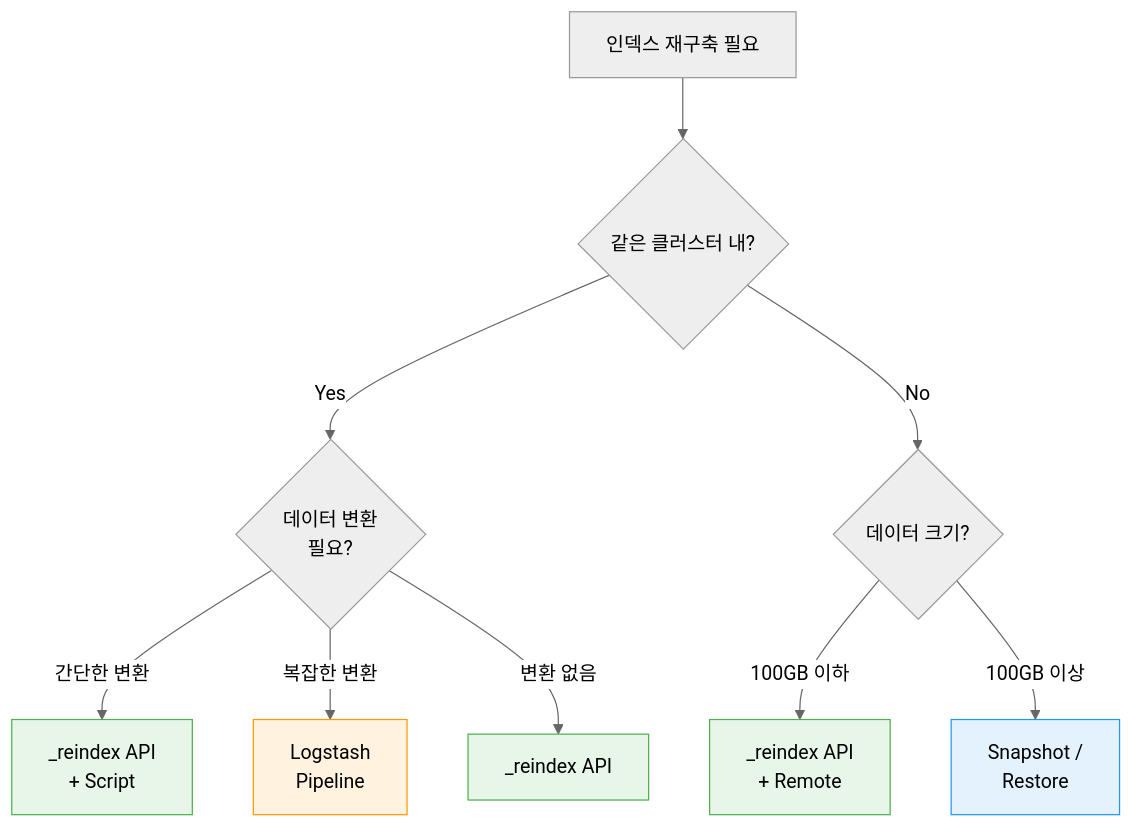
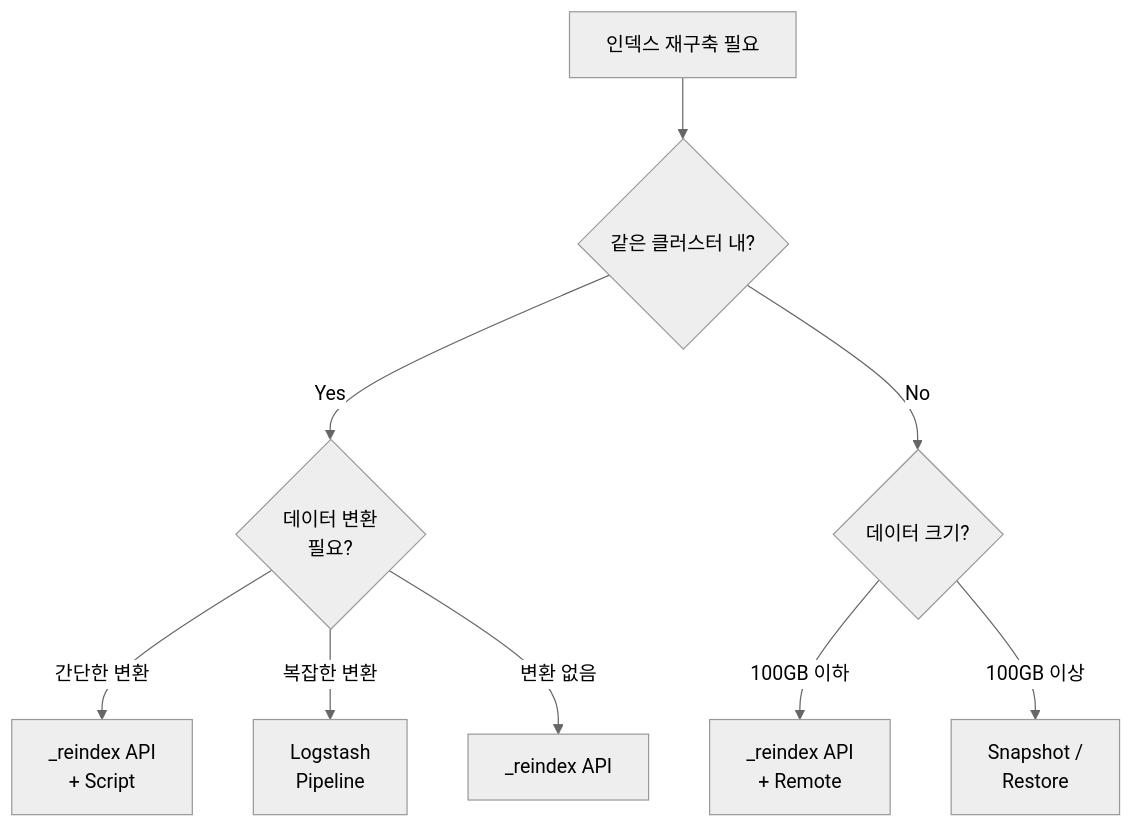
Before and after one commit to advanced-beginner/advanced-beginner.github.io: the diagram in content/ko/docs/elasticsearch/howto/index-rebuild.md, drawn with Mermaid (neutral theme). The commit also changed 6 other files, not shown here.

First line of the commit message:
fix: Mermaid 색상 스타일(fill/stroke) 29개 제거

````diff
--- a/content/ko/docs/elasticsearch/howto/index-rebuild.md
+++ b/content/ko/docs/elasticsearch/howto/index-rebuild.md
@@ -72,17 +72,11 @@
 ```mermaid
 flowchart TD
     A["인덱스 재구축 필요"] --> B{같은 클러스터 내?}
     B -->|Yes| C{데이터 변환<br>필요?}
     B -->|No| D{데이터 크기?}
     C -->|간단한 변환| E["_reindex API<br>+ Script"]
     C -->|복잡한 변환| F["Logstash<br>Pipeline"]
     C -->|변환 없음| G["_reindex API"]
     D -->|100GB 이하| H["_reindex API<br>+ Remote"]
     D -->|100GB 이상| I["Snapshot /<br>Restore"]
-
-    style E fill:#e8f5e9,stroke:#4caf50
-    style F fill:#fff3e0,stroke:#ff9800
-    style G fill:#e8f5e9,stroke:#4caf50
-    style H fill:#e8f5e9,stroke:#4caf50
-    style I fill:#e3f2fd,stroke:#2196f3
 ```
````
